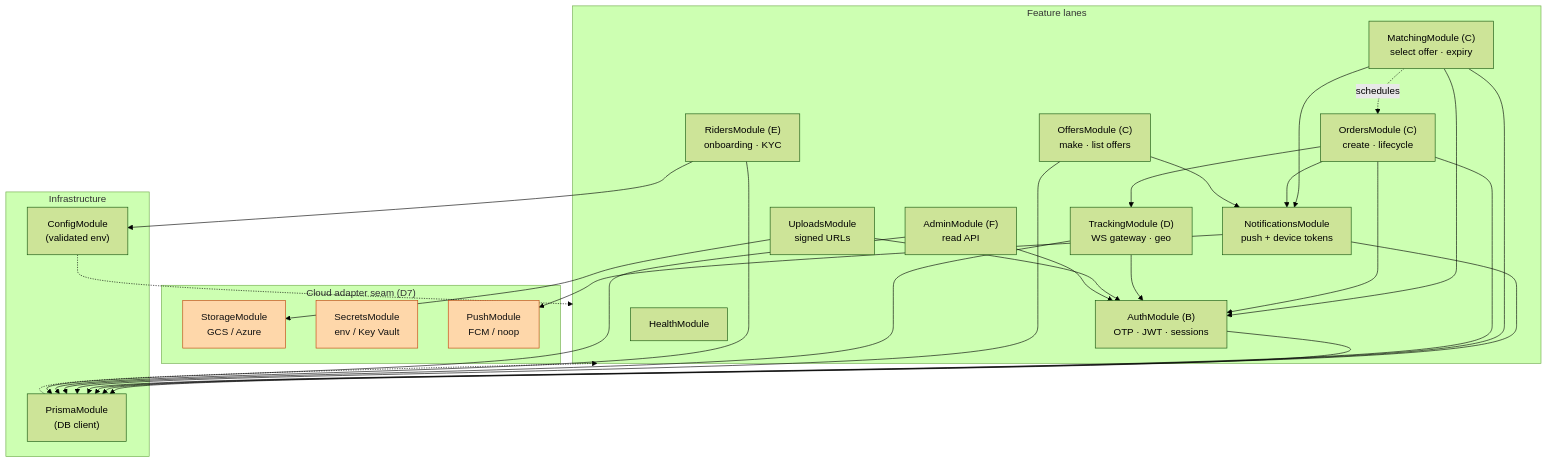
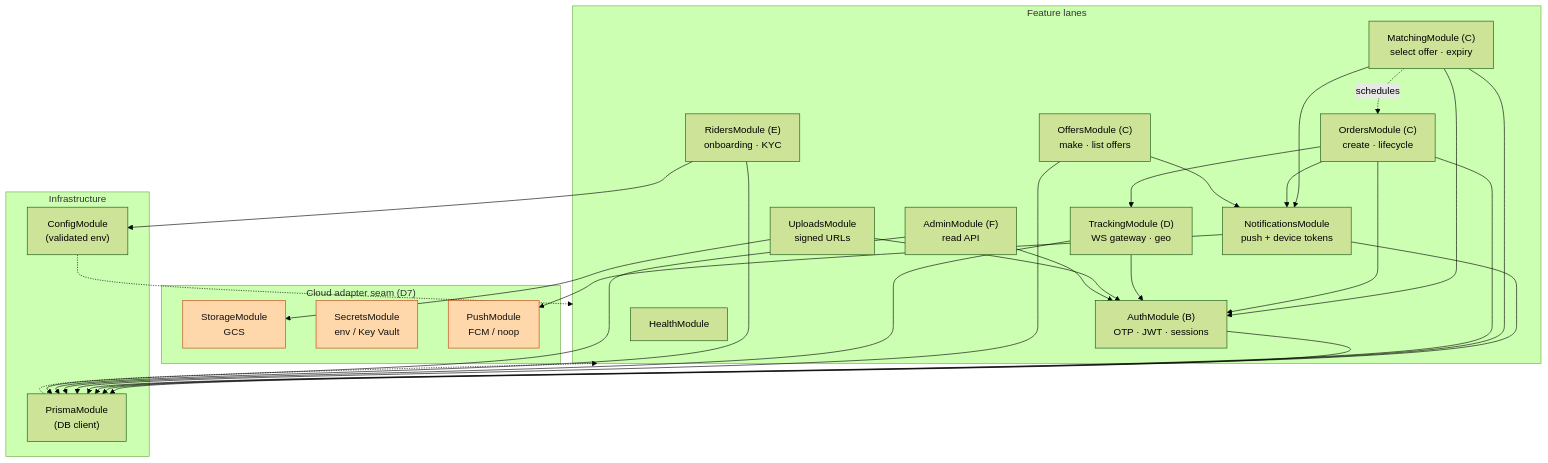
One commit to unnfazzed/Lynia changed the fifth of 16 diagrams in docs/ARCHITECTURE.md. Above: the diagram before and after it, drawn with Mermaid (forest theme). The commit also changed other lines of this file and 18 other files, not shown here.

First line of the commit message:
refactor(storage): remove the Azure portability proof — GCS-only behind the D7 seam

````diff
--- a/docs/ARCHITECTURE.md
+++ b/docs/ARCHITECTURE.md
@@ -354,43 +354,43 @@
 ```mermaid
 graph TB
     subgraph infra["Infrastructure"]
         config["ConfigModule<br/>(validated env)"]
         prisma["PrismaModule<br/>(DB client)"]
     end
 
     subgraph seam["Cloud adapter seam (D7)"]
-        storage["StorageModule<br/>GCS / Azure"]
+        storage["StorageModule<br/>GCS"]
         secrets["SecretsModule<br/>env / Key Vault"]
         push["PushModule<br/>FCM / noop"]
     end
 
     subgraph features["Feature lanes"]
         auth["AuthModule (B)<br/>OTP · JWT · sessions"]
         matching["MatchingModule (C)<br/>select offer · expiry"]
         orders["OrdersModule (C)<br/>create · lifecycle"]
         offers["OffersModule (C)<br/>make · list offers"]
         tracking["TrackingModule (D)<br/>WS gateway · geo"]
         riders["RidersModule (E)<br/>onboarding · KYC"]
         notif["NotificationsModule<br/>push + device tokens"]
         uploads["UploadsModule<br/>signed URLs"]
         admin["AdminModule (F)<br/>read API"]
         health["HealthModule"]
     end
 
     auth --> prisma
     notif --> push & prisma
     matching --> prisma & auth & notif
     orders --> prisma & auth & tracking & notif
     offers --> prisma & notif
     tracking --> prisma & auth
     riders --> prisma & config
     uploads --> storage & auth
     admin --> prisma & auth
     matching -.->|schedules| orders
 
     config -.-> features
     prisma -.-> features
 
     classDef seamc fill:#fed7aa,stroke:#c2410c,color:#111;
     class storage,secrets,push seamc;
 ```
````
